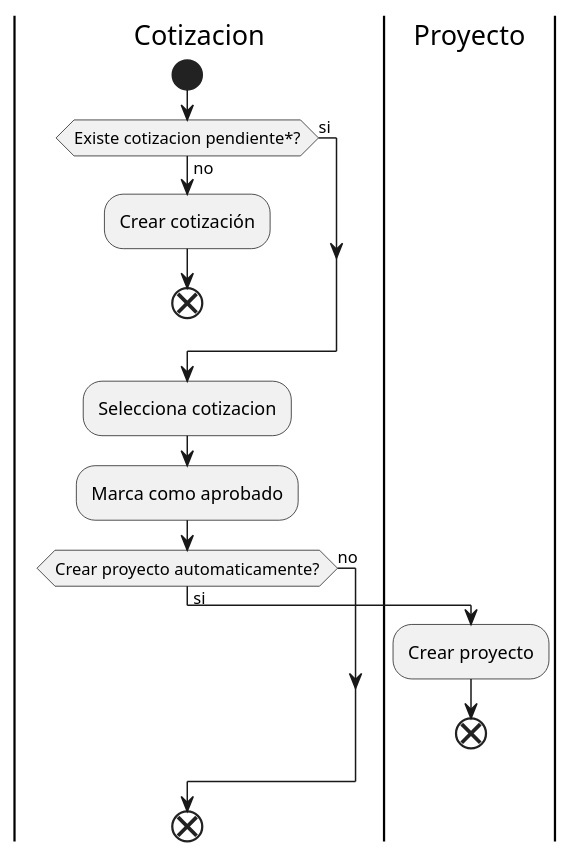
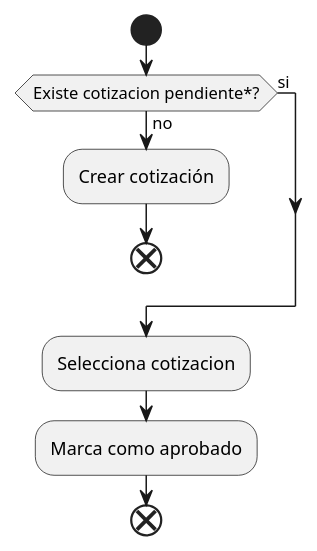
The third of 4 diagrams in docs/src/content/docs/docs/cotizacion.mdx (digitales-2024/perucontrol), drawn with PlantUML before and after one commit. The commit also changed other lines of this file and 12 other files, not shown here.

```diff
--- a/docs/src/content/docs/docs/cotizacion.mdx
+++ b/docs/src/content/docs/docs/cotizacion.mdx
@@ -56,23 +82,17 @@
 @startuml
 |Cotizacion|
 start
 if (Existe cotizacion pendiente*?) then (si)
 else (no)
 	:Crear cotización;
 	end
 endif
 
 :Selecciona cotizacion;
 :Marca como aprobado;
 
 
-if (Crear proyecto automaticamente?) then (si)
-	|Proyecto|
-	:Crear proyecto;
-	end
-else (no)
-endif
 |Cotizacion|
 
 end
 @enduml
```
